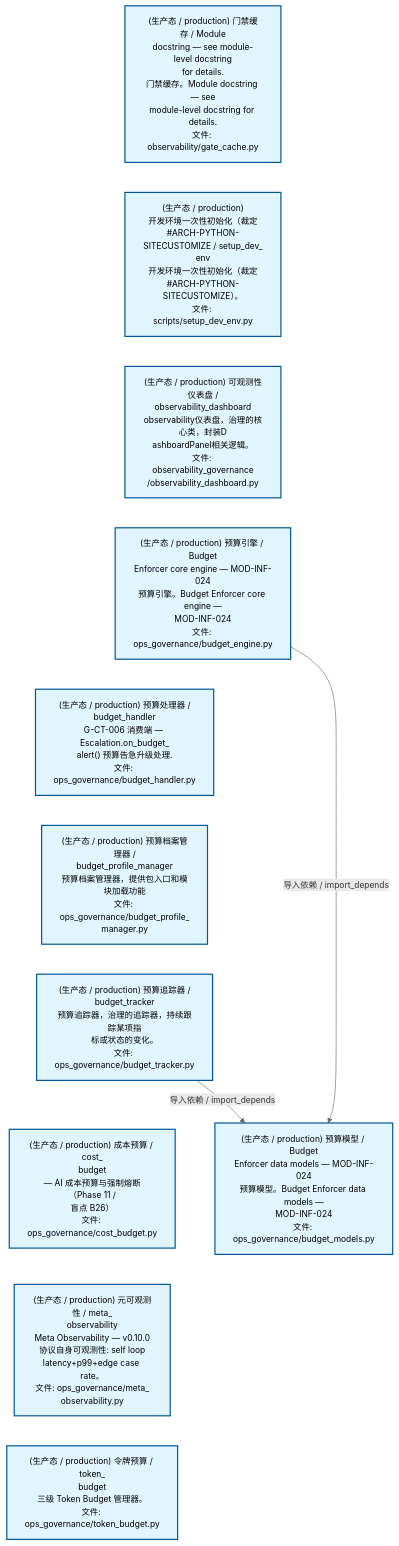
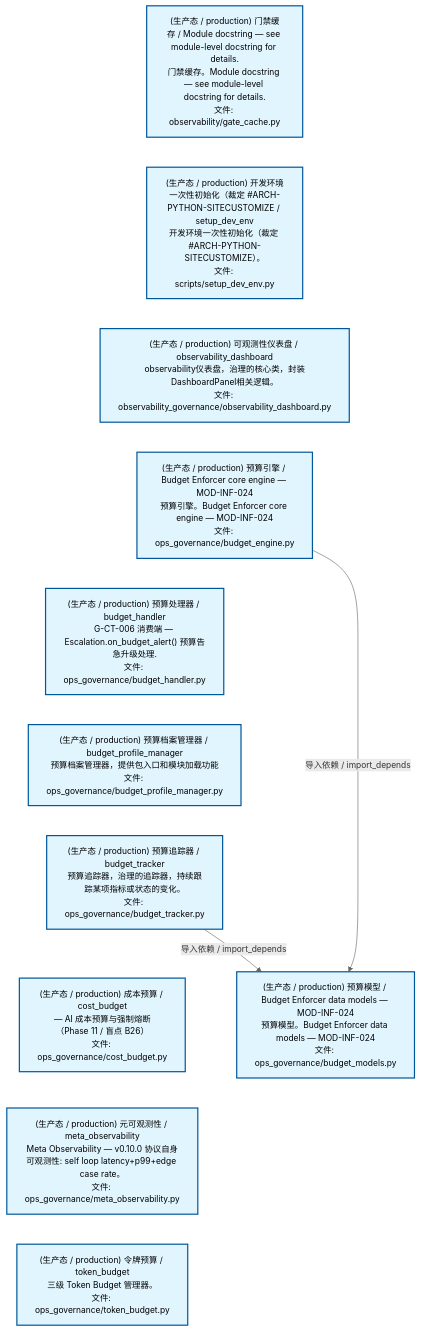
Before and after one commit to xuanFelixVan/ZephyrAlpha: the second of 3 diagrams in docs/02_enterprise_architecture/02_domain_architecture_docs/24_d_ops.md, drawn with Mermaid. The commit also changed other lines of this file and 71 other files, not shown here.

````diff
--- a/docs/02_enterprise_architecture/02_domain_architecture_docs/24_d_ops.md
+++ b/docs/02_enterprise_architecture/02_domain_architecture_docs/24_d_ops.md
@@ -125,31 +125,31 @@
 ```mermaid
 %%{init: {'theme': 'base', 'themeVariables': {'primaryColor': '#eaeaea', 'primaryTextColor': '#333333', 'primaryBorderColor': '#666666', 'lineColor': '#666666', 'secondaryColor': '#eaeaea', 'tertiaryColor': '#eaeaea', 'fontSize': '14px'}}}%%
 flowchart TD
-    scripts_governance_observability_gate_cache_py["(生产态 / production) 门禁缓存 / Module<br/>docstring — see module-level docstring<br/>for details.<br/>门禁缓存。Module docstring — see<br/>module-level docstring for details.<br/>文件: observability/gate_cache.py"]
-    scripts_setup_dev_env_py["(生产态 / production)<br/>开发环境一次性初始化（裁定<br/>#ARCH-PYTHON-SITECUSTOMIZE / setup_dev_<br/>env<br/>开发环境一次性初始化（裁定<br/>#ARCH-PYTHON-SITECUSTOMIZE）。<br/>文件: scripts/setup_dev_env.py"]
-    src_zephyr_governance_observability_governance_observability_dashboard_py["(生产态 / production) 可观测性仪表盘 /<br/>observability_dashboard<br/>observability仪表盘，治理的核心类，封装D<br/>ashboardPanel相关逻辑。<br/>文件: observability_governance<br/>/observability_dashboard.py"]
-    src_zephyr_governance_ops_governance_budget_engine_py["(生产态 / production) 预算引擎 / Budget<br/>Enforcer core engine — MOD-INF-024<br/>预算引擎。Budget Enforcer core engine —<br/>MOD-INF-024<br/>文件: ops_governance/budget_engine.py"]
-    src_zephyr_governance_ops_governance_budget_handler_py["(生产态 / production) 预算处理器 /<br/>budget_handler<br/>G-CT-006 消费端 — Escalation.on_budget_<br/>alert() 预算告急升级处理.<br/>文件: ops_governance/budget_handler.py"]
-    src_zephyr_governance_ops_governance_budget_profile_manager_py["(生产态 / production) 预算档案管理器 /<br/>budget_profile_manager<br/>预算档案管理器，提供包入口和模块加载功能<br/>文件: ops_governance/budget_profile_<br/>manager.py"]
-    src_zephyr_governance_ops_governance_budget_tracker_py["(生产态 / production) 预算追踪器 /<br/>budget_tracker<br/>预算追踪器，治理的追踪器，持续跟踪某项指<br/>标或状态的变化。<br/>文件: ops_governance/budget_tracker.py"]
-    src_zephyr_governance_ops_governance_cost_budget_py["(生产态 / production) 成本预算 / cost_<br/>budget<br/>— AI 成本预算与强制熔断（Phase 11 /<br/>盲点 B26）<br/>文件: ops_governance/cost_budget.py"]
-    src_zephyr_governance_ops_governance_meta_observability_py["(生产态 / production) 元可观测性 / meta_<br/>observability<br/>Meta Observability — v0.10.0<br/>协议自身可观测性: self loop<br/>latency+p99+edge case rate。<br/>文件: ops_governance/meta_<br/>observability.py"]
-    src_zephyr_governance_ops_governance_token_budget_py["(生产态 / production) 令牌预算 / token_<br/>budget<br/>三级 Token Budget 管理器。<br/>文件: ops_governance/token_budget.py"]
+    scripts_governance_observability_gate_cache_py["(生产态 / production) 门禁缓存 / Module docstring — see module-level docstring for details.<br/>门禁缓存。Module docstring — see module-level docstring for details.<br/>文件: observability/gate_cache.py"]
+    scripts_setup_dev_env_py["(生产态 / production) 开发环境一次性初始化（裁定 #ARCH-PYTHON-SITECUSTOMIZE / setup_dev_env<br/>开发环境一次性初始化（裁定 #ARCH-PYTHON-SITECUSTOMIZE）。<br/>文件: scripts/setup_dev_env.py"]
+    src_zephyr_governance_observability_governance_observability_dashboard_py["(生产态 / production) 可观测性仪表盘 / observability_dashboard<br/>observability仪表盘，治理的核心类，封装DashboardPanel相关逻辑。<br/>文件: observability_governance/observability_dashboard.py"]
+    src_zephyr_governance_ops_governance_budget_engine_py["(生产态 / production) 预算引擎 / Budget Enforcer core engine — MOD-INF-024<br/>预算引擎。Budget Enforcer core engine — MOD-INF-024<br/>文件: ops_governance/budget_engine.py"]
+    src_zephyr_governance_ops_governance_budget_handler_py["(生产态 / production) 预算处理器 / budget_handler<br/>G-CT-006 消费端 — Escalation.on_budget_alert() 预算告急升级处理.<br/>文件: ops_governance/budget_handler.py"]
+    src_zephyr_governance_ops_governance_budget_profile_manager_py["(生产态 / production) 预算档案管理器 / budget_profile_manager<br/>预算档案管理器，提供包入口和模块加载功能<br/>文件: ops_governance/budget_profile_manager.py"]
+    src_zephyr_governance_ops_governance_budget_tracker_py["(生产态 / production) 预算追踪器 / budget_tracker<br/>预算追踪器，治理的追踪器，持续跟踪某项指标或状态的变化。<br/>文件: ops_governance/budget_tracker.py"]
+    src_zephyr_governance_ops_governance_cost_budget_py["(生产态 / production) 成本预算 / cost_budget<br/>— AI 成本预算与强制熔断（Phase 11 / 盲点 B26）<br/>文件: ops_governance/cost_budget.py"]
+    src_zephyr_governance_ops_governance_meta_observability_py["(生产态 / production) 元可观测性 / meta_observability<br/>Meta Observability — v0.10.0 协议自身可观测性: self loop latency+p99+edge case rate。<br/>文件: ops_governance/meta_observability.py"]
+    src_zephyr_governance_ops_governance_token_budget_py["(生产态 / production) 令牌预算 / token_budget<br/>三级 Token Budget 管理器。<br/>文件: ops_governance/token_budget.py"]
     scripts_governance_observability_gate_cache_py ~~~ scripts_setup_dev_env_py
     scripts_setup_dev_env_py ~~~ src_zephyr_governance_observability_governance_observability_dashboard_py
     src_zephyr_governance_observability_governance_observability_dashboard_py ~~~ src_zephyr_governance_ops_governance_budget_engine_py
     src_zephyr_governance_ops_governance_budget_engine_py ~~~ src_zephyr_governance_ops_governance_budget_handler_py
     src_zephyr_governance_ops_governance_budget_handler_py ~~~ src_zephyr_governance_ops_governance_budget_profile_manager_py
     src_zephyr_governance_ops_governance_budget_profile_manager_py ~~~ src_zephyr_governance_ops_governance_budget_tracker_py
     src_zephyr_governance_ops_governance_budget_tracker_py ~~~ src_zephyr_governance_ops_governance_cost_budget_py
     src_zephyr_governance_ops_governance_cost_budget_py ~~~ src_zephyr_governance_ops_governance_meta_observability_py
     src_zephyr_governance_ops_governance_meta_observability_py ~~~ src_zephyr_governance_ops_governance_token_budget_py
-    src_zephyr_governance_ops_governance_budget_models_py["(生产态 / production) 预算模型 / Budget<br/>Enforcer data models — MOD-INF-024<br/>预算模型。Budget Enforcer data models —<br/>MOD-INF-024<br/>文件: ops_governance/budget_models.py"]
+    src_zephyr_governance_ops_governance_budget_models_py["(生产态 / production) 预算模型 / Budget Enforcer data models — MOD-INF-024<br/>预算模型。Budget Enforcer data models — MOD-INF-024<br/>文件: ops_governance/budget_models.py"]
+    src_zephyr_governance_ops_governance_budget_tracker_py -->|导入依赖 / import_depends| src_zephyr_governance_ops_governance_budget_models_py
     src_zephyr_governance_ops_governance_budget_engine_py -->|导入依赖 / import_depends| src_zephyr_governance_ops_governance_budget_models_py
-    src_zephyr_governance_ops_governance_budget_tracker_py -->|导入依赖 / import_depends| src_zephyr_governance_ops_governance_budget_models_py
     classDef production fill:#e1f5fe,stroke:#01579b,stroke-width:2px,color:#000
     classDef design fill:#fff3e0,stroke:#e65100,stroke-width:2px,color:#000,stroke-dasharray: 5 5
     classDef external_prod fill:#e8f4fd,stroke:#0277bd,stroke-width:1px,color:#000
     classDef external_design fill:#fff8e7,stroke:#ef6c00,stroke-width:1px,color:#000,stroke-dasharray: 5 5
     class scripts_governance_observability_gate_cache_py,scripts_setup_dev_env_py,src_zephyr_governance_observability_governance_observability_dashboard_py,src_zephyr_governance_ops_governance_budget_engine_py,src_zephyr_governance_ops_governance_budget_handler_py,src_zephyr_governance_ops_governance_budget_models_py,src_zephyr_governance_ops_governance_budget_profile_manager_py,src_zephyr_governance_ops_governance_budget_tracker_py,src_zephyr_governance_ops_governance_cost_budget_py,src_zephyr_governance_ops_governance_meta_observability_py,src_zephyr_governance_ops_governance_token_budget_py production
 ```
````
